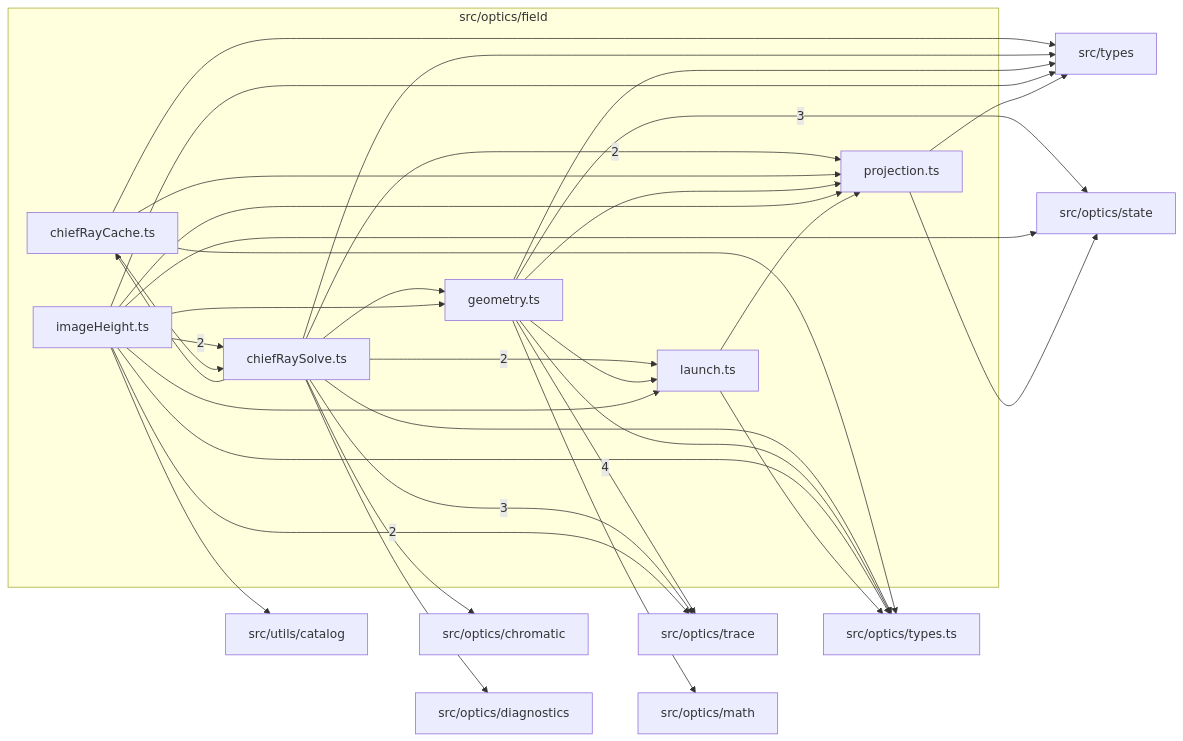
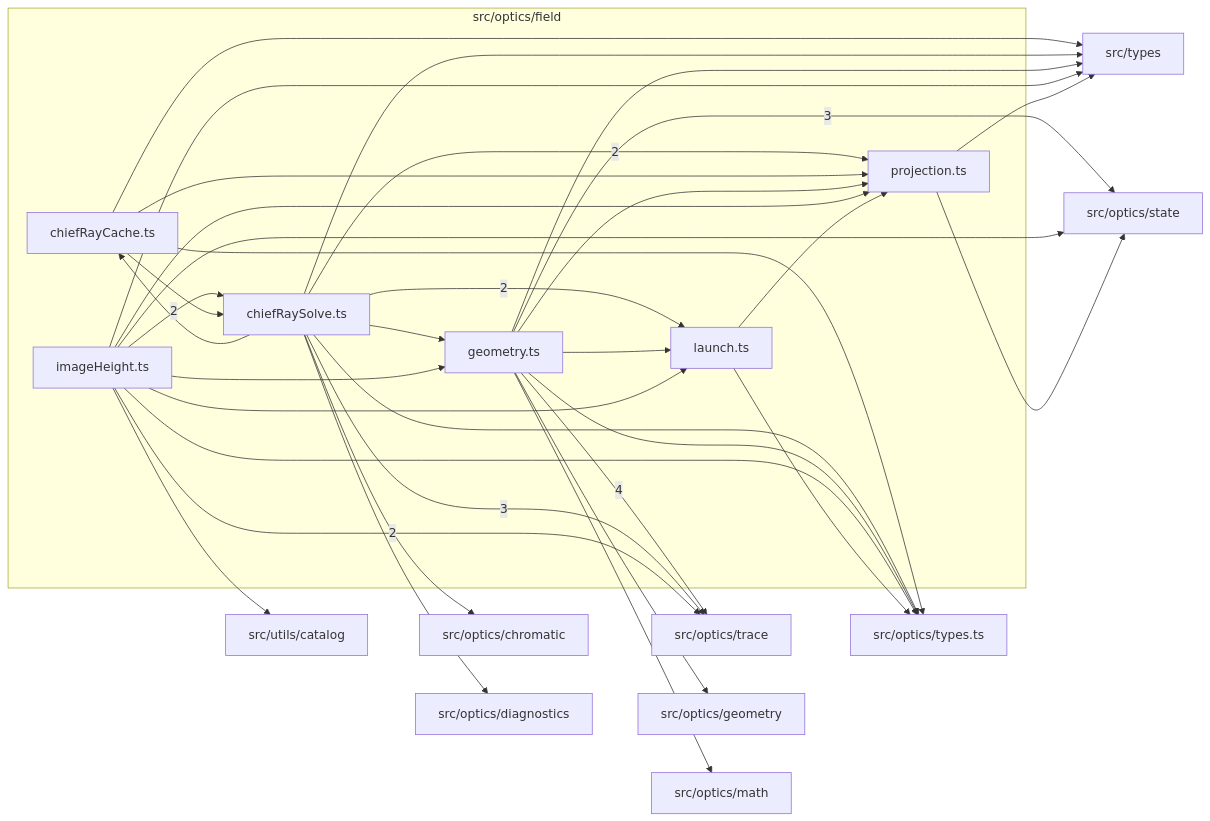
One commit to ronbuening/LensVisualizer changed the diagram in src/optics/field/readme.md. Above: the diagram before and after it, drawn with Mermaid. The commit also changed other lines of this file and 10 other files, not shown here.

````diff
--- a/src/optics/field/readme.md
+++ b/src/optics/field/readme.md
@@ -9,52 +9,54 @@
 ```mermaid
 flowchart LR
   subgraph n_src_optics_field["src/optics/field"]
     n_src_optics_field_src_optics_field_chiefRayCache_ts["chiefRayCache.ts"]
     n_src_optics_field_src_optics_field_chiefRaySolve_ts["chiefRaySolve.ts"]
     n_src_optics_field_src_optics_field_geometry_ts["geometry.ts"]
     n_src_optics_field_src_optics_field_imageHeight_ts["imageHeight.ts"]
     n_src_optics_field_src_optics_field_launch_ts["launch.ts"]
     n_src_optics_field_src_optics_field_projection_ts["projection.ts"]
   end
   n_external_src_optics_trace["src/optics/trace"]
   n_external_src_optics_state["src/optics/state"]
   n_external_src_optics_chromatic["src/optics/chromatic"]
   n_external_src_optics_diagnostics["src/optics/diagnostics"]
+  n_external_src_optics_geometry["src/optics/geometry"]
   n_external_src_optics_math["src/optics/math"]
   n_external_src_optics_types_ts["src/optics/types.ts"]
   n_external_src_types["src/types"]
   n_external_src_utils_catalog["src/utils/catalog"]
   n_src_optics_field_src_optics_field_geometry_ts --> |4| n_external_src_optics_trace
   n_src_optics_field_src_optics_field_geometry_ts --> |3| n_external_src_optics_state
   n_src_optics_field_src_optics_field_chiefRaySolve_ts --> |3| n_external_src_optics_trace
   n_src_optics_field_src_optics_field_imageHeight_ts --> |2| n_external_src_optics_trace
   n_src_optics_field_src_optics_field_imageHeight_ts --> |2| n_src_optics_field_src_optics_field_chiefRaySolve_ts
   n_src_optics_field_src_optics_field_chiefRaySolve_ts --> |2| n_src_optics_field_src_optics_field_launch_ts
   n_src_optics_field_src_optics_field_chiefRaySolve_ts --> |2| n_src_optics_field_src_optics_field_projection_ts
   n_src_optics_field_src_optics_field_chiefRaySolve_ts --> n_external_src_optics_chromatic
   n_src_optics_field_src_optics_field_chiefRaySolve_ts --> n_external_src_optics_diagnostics
+  n_src_optics_field_src_optics_field_geometry_ts --> n_external_src_optics_geometry
   n_src_optics_field_src_optics_field_geometry_ts --> n_external_src_optics_math
   n_src_optics_field_src_optics_field_imageHeight_ts --> n_external_src_optics_state
   n_src_optics_field_src_optics_field_projection_ts --> n_external_src_optics_state
   n_src_optics_field_src_optics_field_chiefRayCache_ts --> n_external_src_optics_types_ts
   n_src_optics_field_src_optics_field_chiefRaySolve_ts --> n_external_src_optics_types_ts
   n_src_optics_field_src_optics_field_geometry_ts --> n_external_src_optics_types_ts
   n_src_optics_field_src_optics_field_imageHeight_ts --> n_external_src_optics_types_ts
   n_src_optics_field_src_optics_field_launch_ts --> n_external_src_optics_types_ts
   n_src_optics_field_src_optics_field_chiefRayCache_ts --> n_external_src_types
   n_src_optics_field_src_optics_field_chiefRaySolve_ts --> n_external_src_types
   n_src_optics_field_src_optics_field_geometry_ts --> n_external_src_types
   n_src_optics_field_src_optics_field_imageHeight_ts --> n_external_src_types
   n_src_optics_field_src_optics_field_projection_ts --> n_external_src_types
   n_src_optics_field_src_optics_field_imageHeight_ts --> n_external_src_utils_catalog
   n_src_optics_field_src_optics_field_chiefRaySolve_ts --> n_src_optics_field_src_optics_field_chiefRayCache_ts
   n_src_optics_field_src_optics_field_chiefRayCache_ts --> n_src_optics_field_src_optics_field_chiefRaySolve_ts
   n_src_optics_field_src_optics_field_chiefRaySolve_ts --> n_src_optics_field_src_optics_field_geometry_ts
   n_src_optics_field_src_optics_field_imageHeight_ts --> n_src_optics_field_src_optics_field_geometry_ts
   n_src_optics_field_src_optics_field_geometry_ts --> n_src_optics_field_src_optics_field_launch_ts
   n_src_optics_field_src_optics_field_imageHeight_ts --> n_src_optics_field_src_optics_field_launch_ts
   n_src_optics_field_src_optics_field_chiefRayCache_ts --> n_src_optics_field_src_optics_field_projection_ts
   n_src_optics_field_src_optics_field_geometry_ts --> n_src_optics_field_src_optics_field_projection_ts
   n_src_optics_field_src_optics_field_imageHeight_ts --> n_src_optics_field_src_optics_field_projection_ts
   n_src_optics_field_src_optics_field_launch_ts --> n_src_optics_field_src_optics_field_projection_ts
 ```
````
